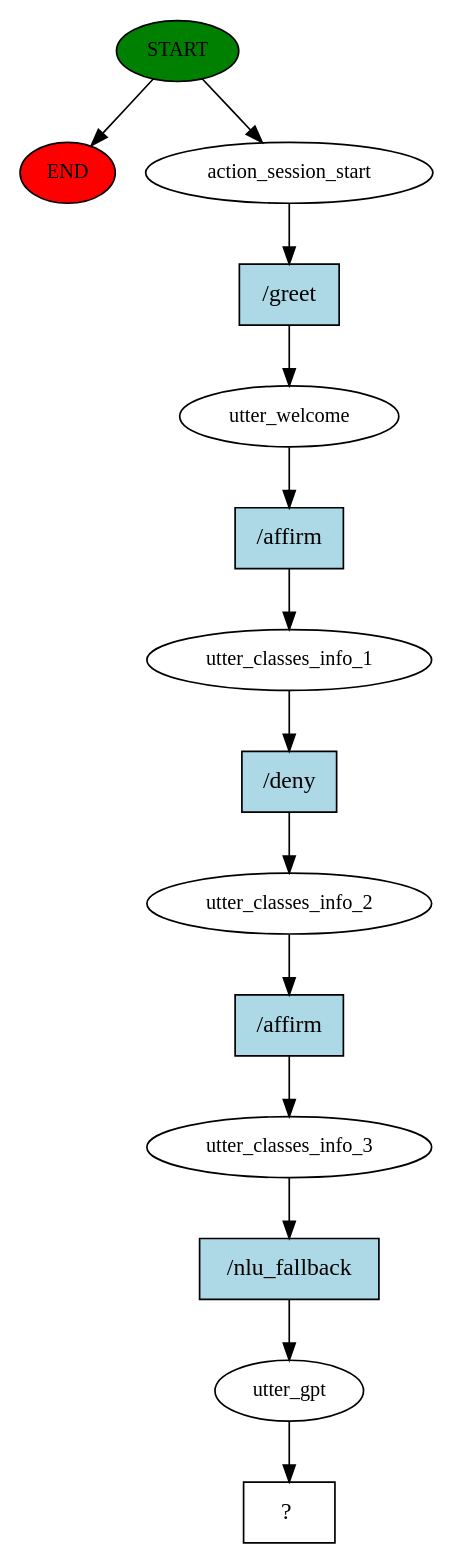
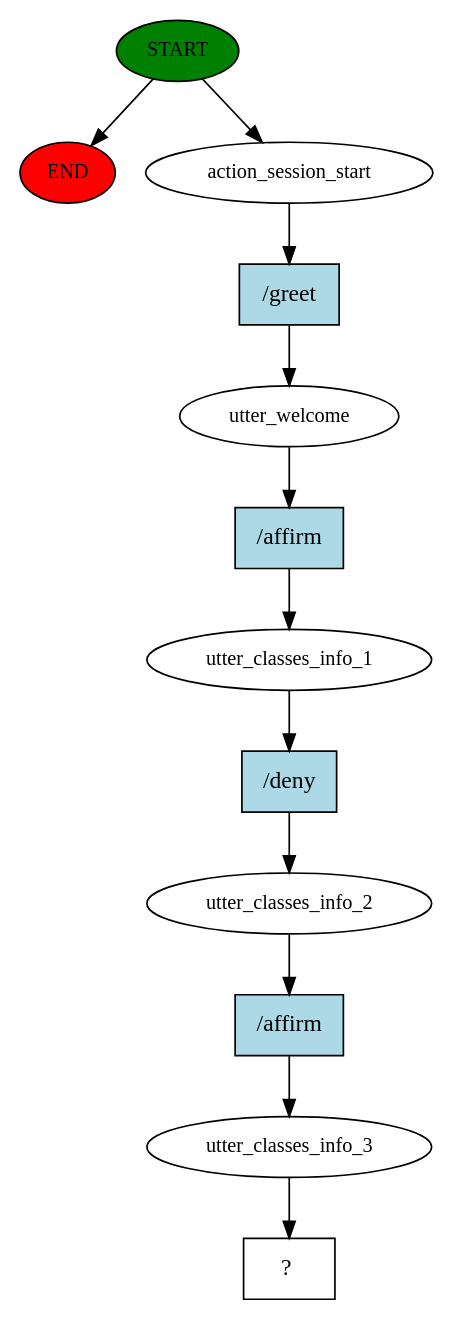
One commit to Gigit-AI-Corporation/rasa changed the diagram in story_graph.dot. Above: the diagram before and after it, drawn with Graphviz. The commit also changed 2 other files, not shown here.

```diff
--- a/story_graph.dot
+++ b/story_graph.dot
@@ -1,29 +1,25 @@
 digraph  {
 0 [class="start active", fillcolor=green, fontsize=12, label=START, style=filled];
 "-1" [class=end, fillcolor=red, fontsize=12, label=END, style=filled];
 1 [class=active, fontsize=12, label=action_session_start];
 2 [class=active, fontsize=12, label=utter_welcome];
 3 [class=active, fontsize=12, label=utter_classes_info_1];
 4 [class=active, fontsize=12, label=utter_classes_info_2];
 5 [class=active, fontsize=12, label=utter_classes_info_3];
-6 [class=active, fontsize=12, label=utter_gpt];
-7 [class="intent dashed active", label="  ?  ", shape=rect];
-8 [class="intent active", fillcolor=lightblue, label="/greet", shape=rect, style=filled];
-9 [class="intent active", fillcolor=lightblue, label="/affirm", shape=rect, style=filled];
-10 [class="intent active", fillcolor=lightblue, label="/deny", shape=rect, style=filled];
-11 [class="intent active", fillcolor=lightblue, label="/affirm", shape=rect, style=filled];
-12 [class="intent active", fillcolor=lightblue, label="/nlu_fallback", shape=rect, style=filled];
+6 [class="intent dashed active", label="  ?  ", shape=rect];
+7 [class="intent active", fillcolor=lightblue, label="/greet", shape=rect, style=filled];
+8 [class="intent active", fillcolor=lightblue, label="/affirm", shape=rect, style=filled];
+9 [class="intent active", fillcolor=lightblue, label="/deny", shape=rect, style=filled];
+10 [class="intent active", fillcolor=lightblue, label="/affirm", shape=rect, style=filled];
 0 -> "-1"  [class="", key=NONE, label=""];
 0 -> 1  [class=active, key=NONE, label=""];
-1 -> 8  [class=active, key=0];
-2 -> 9  [class=active, key=0];
-3 -> 10  [class=active, key=0];
-4 -> 11  [class=active, key=0];
-5 -> 12  [class=active, key=0];
-6 -> 7  [class=active, key=NONE, label=""];
-8 -> 2  [class=active, key=0];
-9 -> 3  [class=active, key=0];
-10 -> 4  [class=active, key=0];
-11 -> 5  [class=active, key=0];
-12 -> 6  [class=active, key=0];
+1 -> 7  [class=active, key=0];
+2 -> 8  [class=active, key=0];
+3 -> 9  [class=active, key=0];
+4 -> 10  [class=active, key=0];
+5 -> 6  [class=active, key=NONE, label=""];
+7 -> 2  [class=active, key=0];
+8 -> 3  [class=active, key=0];
+9 -> 4  [class=active, key=0];
+10 -> 5  [class=active, key=0];
 }
```
